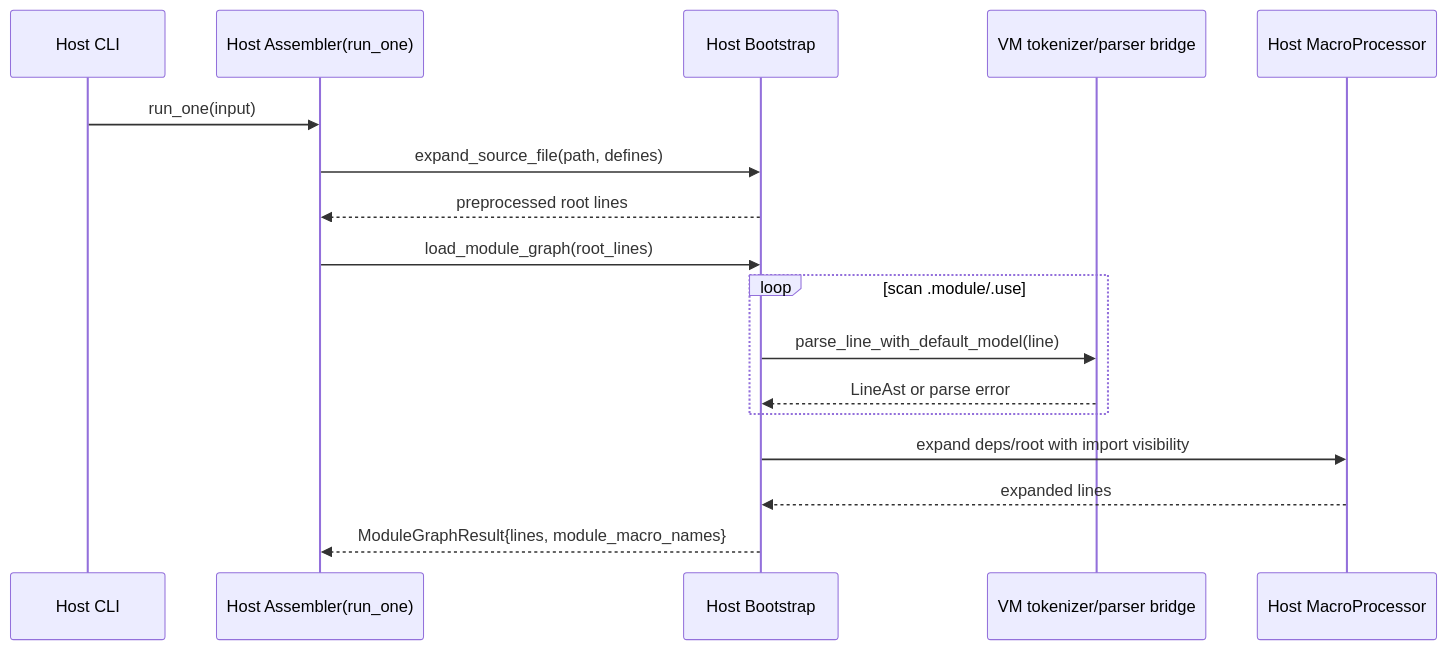
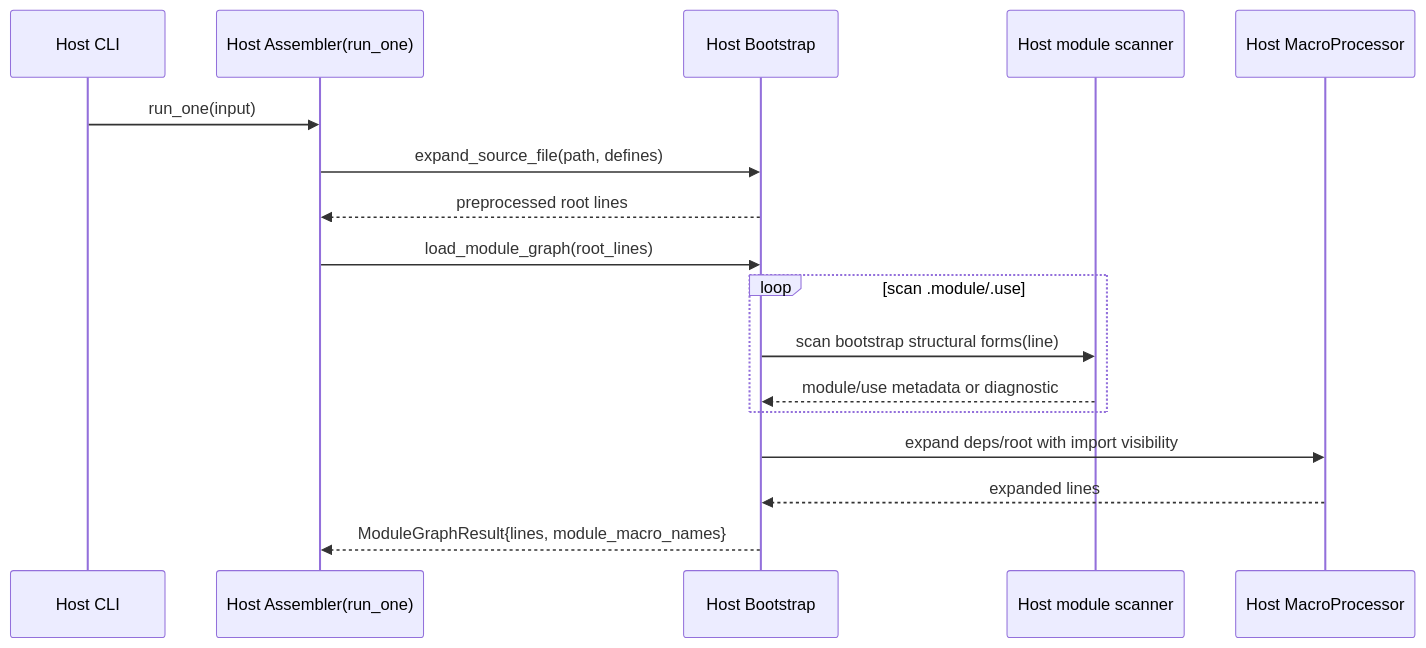
The second of 3 diagrams in documentation/vm-boundary-protocol-v1.md (pig-games/opForge), drawn with Mermaid before and after one commit. The commit also changed other lines of this file, not shown here.

Commit message:
Document host-owned bootstrap scanning

````diff
--- a/documentation/vm-boundary-protocol-v1.md
+++ b/documentation/vm-boundary-protocol-v1.md
@@ -78,20 +82,20 @@
 ```mermaid
 sequenceDiagram
 	participant CLI as Host CLI
 	participant ASM as Host Assembler(run_one)
 	participant BOOT as Host Bootstrap
-	participant VM as VM tokenizer/parser bridge
+	participant SCAN as Host module scanner
 	participant MP as Host MacroProcessor
 
 	CLI->>ASM: run_one(input)
 	ASM->>BOOT: expand_source_file(path, defines)
 	BOOT-->>ASM: preprocessed root lines
 	ASM->>BOOT: load_module_graph(root_lines)
 	loop scan .module/.use
-		BOOT->>VM: parse_line_with_default_model(line)
-		VM-->>BOOT: LineAst or parse error
+		BOOT->>SCAN: scan bootstrap structural forms(line)
+		SCAN-->>BOOT: module/use metadata or diagnostic
 	end
 	BOOT->>MP: expand deps/root with import visibility
 	MP-->>BOOT: expanded lines
 	BOOT-->>ASM: ModuleGraphResult{lines, module_macro_names}
 ```
````
